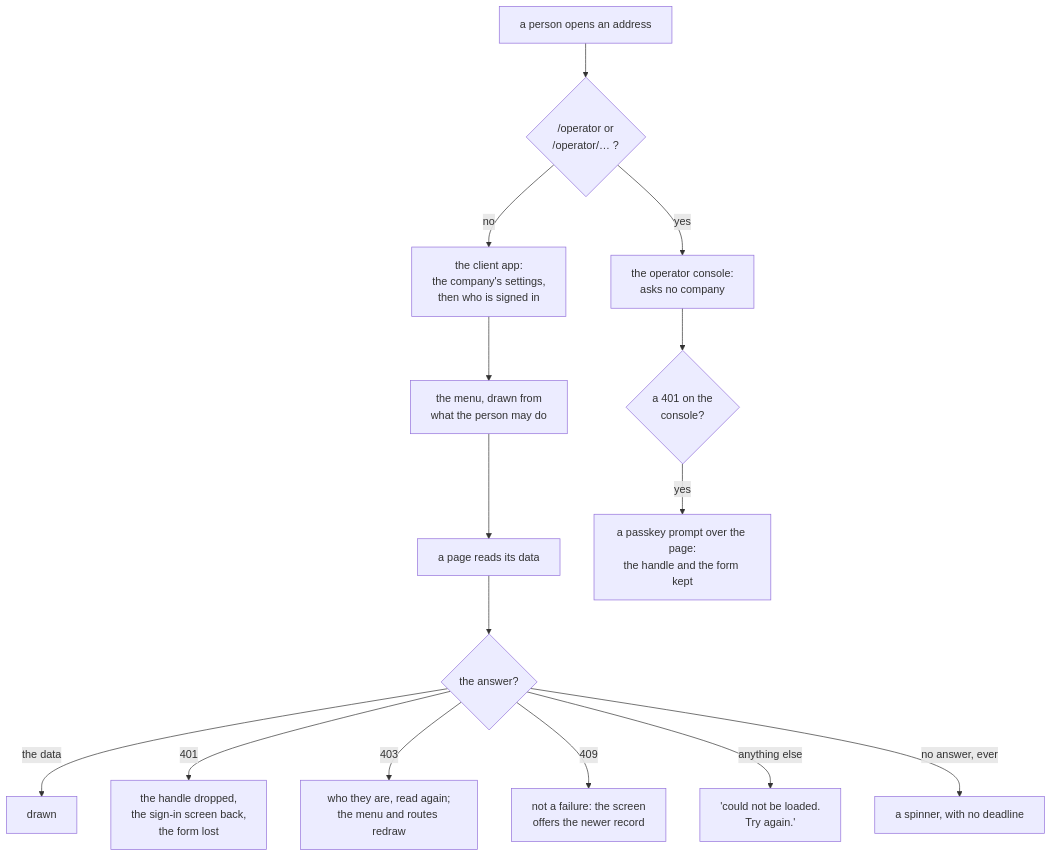
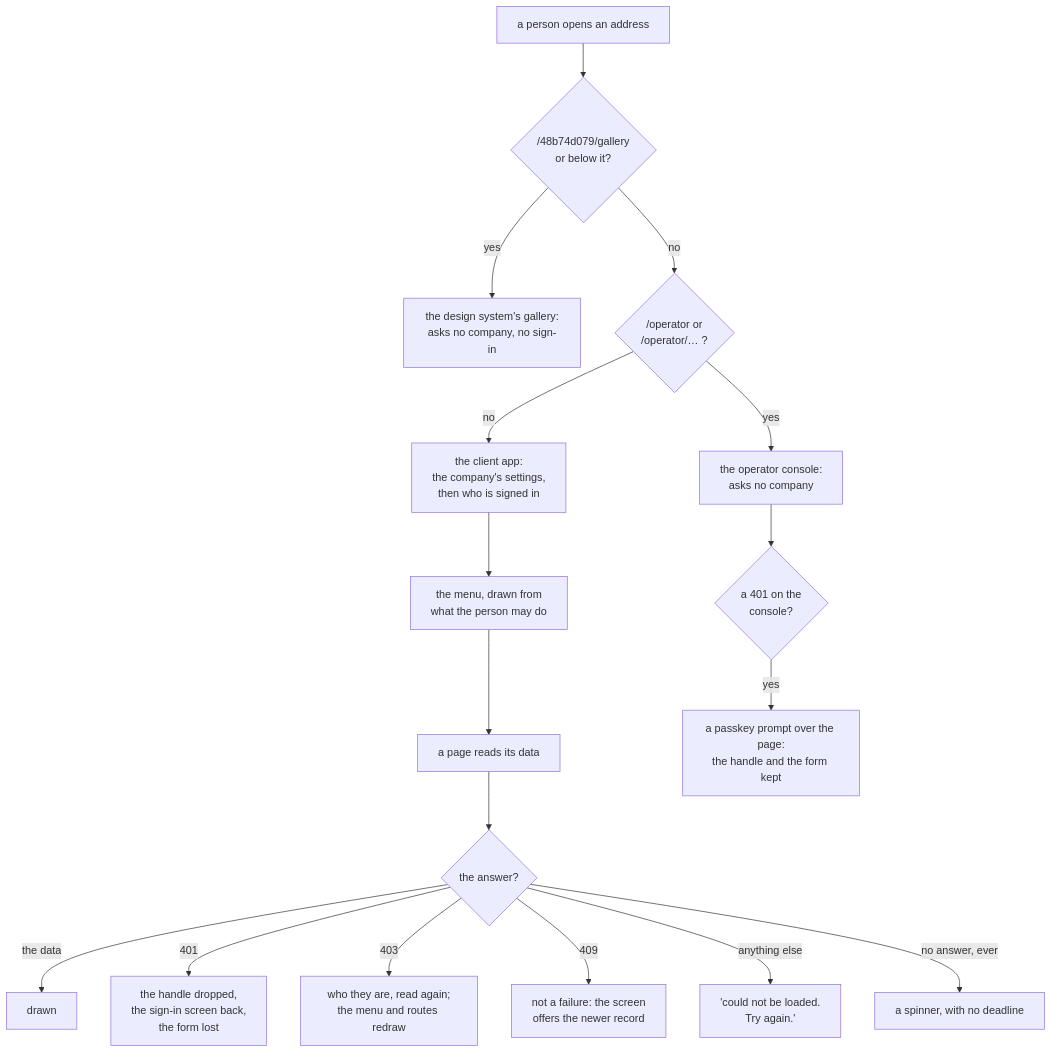
Before and after one commit to ancJ29/credo: the diagram in docs/memo/ui.md, drawn with Mermaid. The commit also changed other lines of this file and 10 other files, not shown here.

Commit message:
feat(ui): the gallery at its own address, a lazy chunk of the app; step 1 of the workbench

````diff
--- a/docs/memo/ui.md
+++ b/docs/memo/ui.md
@@ -15,17 +15,19 @@
 ```mermaid
 flowchart TD
-  open["a person opens an address"] --> which{"/operator or<br/>/operator/… ?"}
+  open["a person opens an address"] --> gal{"/48b74d079/gallery<br/>or below it?"}
+  gal -- "yes" --> gallery["the design system's gallery:<br/>asks no company, no sign-in"]
+  gal -- "no" --> which{"/operator or<br/>/operator/… ?"}
   which -- "no" --> client["the client app:<br/>the company's settings,<br/>then who is signed in"]
   which -- "yes" --> operator["the operator console:<br/>asks no company"]
   client --> menu["the menu, drawn from<br/>what the person may do"]
   menu --> page["a page reads its data"]
   page --> answer{"the answer?"}
   answer -- "the data" --> drawn["drawn"]
   answer -- "401" --> out["the handle dropped,<br/>the sign-in screen back,<br/>the form lost"]
   answer -- "403" --> reread["who they are, read again;<br/>the menu and routes redraw"]
   answer -- "409" --> conflict["not a failure: the screen<br/>offers the newer record"]
   answer -- "anything else" --> failed["'could not be loaded.<br/>Try again.'"]
   answer -- "no answer, ever" --> spin["a spinner, with no deadline"]
   operator --> opcall{"a 401 on the<br/>console?"}
   opcall -- "yes" --> modal["a passkey prompt over the page:<br/>the handle and the form kept"]
 ```
````
